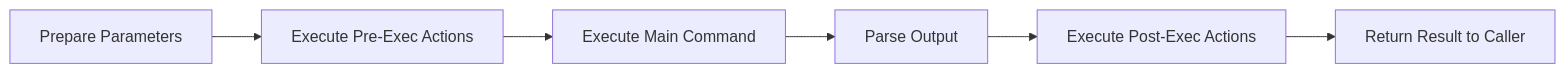
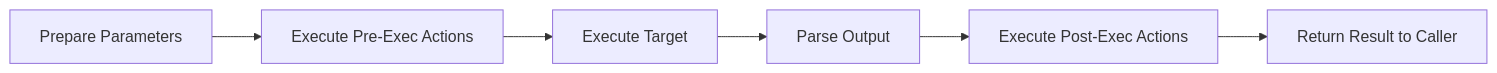
Before and after one commit to OmniCloudOrg/OmniCloud-Full: the second of 2 diagrams in Notes/integration/CPIs.md, drawn with Mermaid. The commit also changed other lines of this file, not shown here.

````diff
--- a/Notes/integration/CPIs.md
+++ b/Notes/integration/CPIs.md
@@ -991,8 +1101,8 @@
 ```mermaid
 flowchart LR
     A[Prepare Parameters] --> B[Execute Pre-Exec Actions]
-    B --> C[Execute Main Command]
+    B --> C[Execute Target]
     C --> D[Parse Output]
     D --> E[Execute Post-Exec Actions]
     E --> F[Return Result to Caller]
 ```
````
